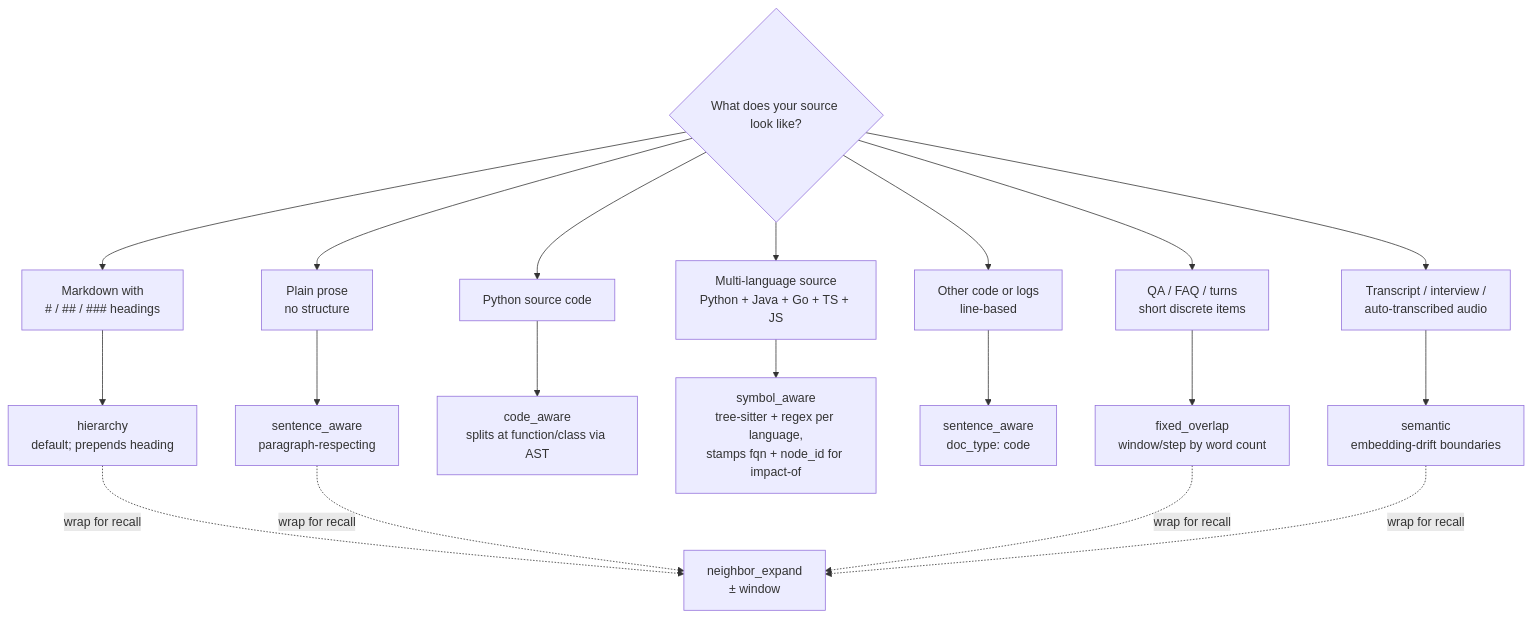
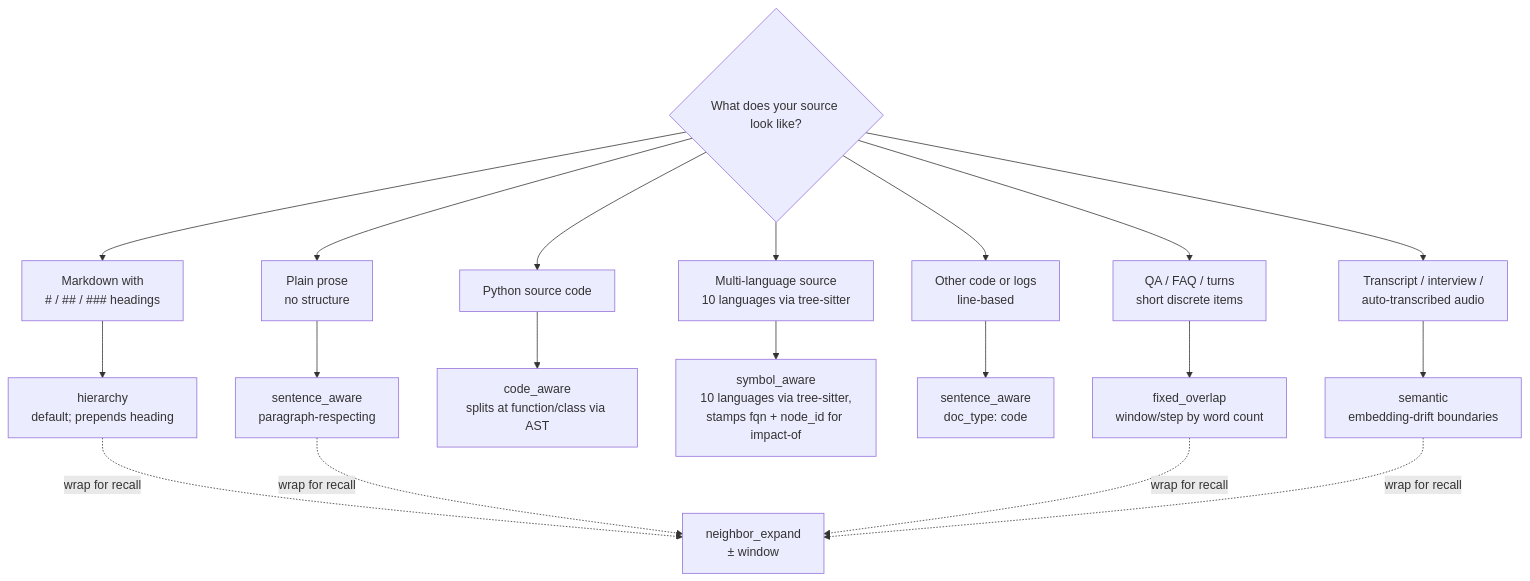
One commit to yonk-labs/chunkshop changed the diagram in docs/chunkers.md. Above: the diagram before and after it, drawn with Mermaid. The commit also changed other lines of this file and 15 other files, not shown here.

First line of the commit message:
docs: scrub for 10-language codeparse + code-graph accuracy (release prep)

````diff
--- a/docs/chunkers.md
+++ b/docs/chunkers.md
@@ -63,22 +63,22 @@
 ```mermaid
 flowchart TB
     Q{What does your source look like?}
     Q --> HAS_HEADINGS[Markdown with<br/># / ## / ### headings]
     Q --> PROSE[Plain prose<br/>no structure]
     Q --> CODE_PY[Python source code]
-    Q --> CODE_MULTI[Multi-language source<br/>Python + Java + Go + TS + JS]
+    Q --> CODE_MULTI[Multi-language source<br/>10 languages via tree-sitter]
     Q --> CODE[Other code or logs<br/>line-based]
     Q --> QA[QA / FAQ / turns<br/>short discrete items]
     Q --> UNSTRUCTURED[Transcript / interview /<br/>auto-transcribed audio]
     HAS_HEADINGS --> H[hierarchy<br/>default; prepends heading]
     PROSE --> SA[sentence_aware<br/>paragraph-respecting]
     CODE_PY --> CA[code_aware<br/>splits at function/class via AST]
-    CODE_MULTI --> SYA[symbol_aware<br/>tree-sitter + regex per language,<br/>stamps fqn + node_id for impact-of]
+    CODE_MULTI --> SYA[symbol_aware<br/>10 languages via tree-sitter,<br/>stamps fqn + node_id for impact-of]
     CODE --> SA_CODE[sentence_aware<br/>doc_type: code]
     QA --> FO[fixed_overlap<br/>window/step by word count]
     UNSTRUCTURED --> SEM[semantic<br/>embedding-drift boundaries]
     H -.wrap for recall.-> NE[neighbor_expand<br/>± window]
     SA -.wrap for recall.-> NE
     FO -.wrap for recall.-> NE
     SEM -.wrap for recall.-> NE
 ```
````
